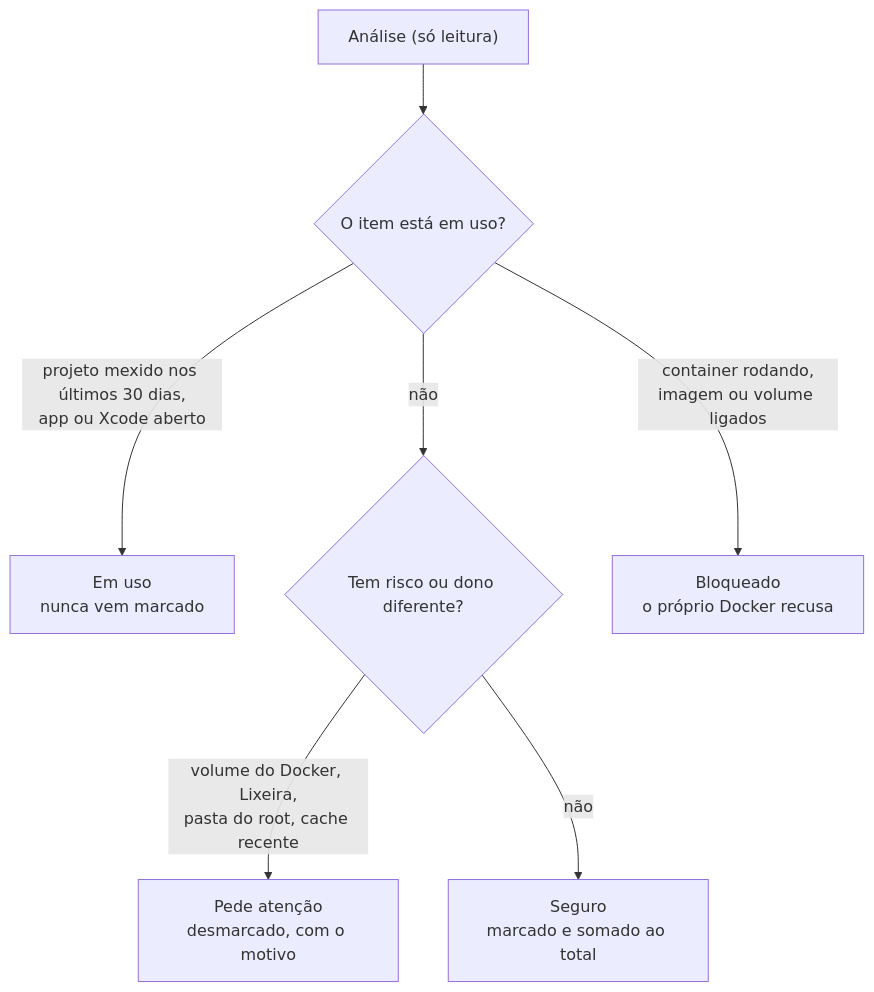
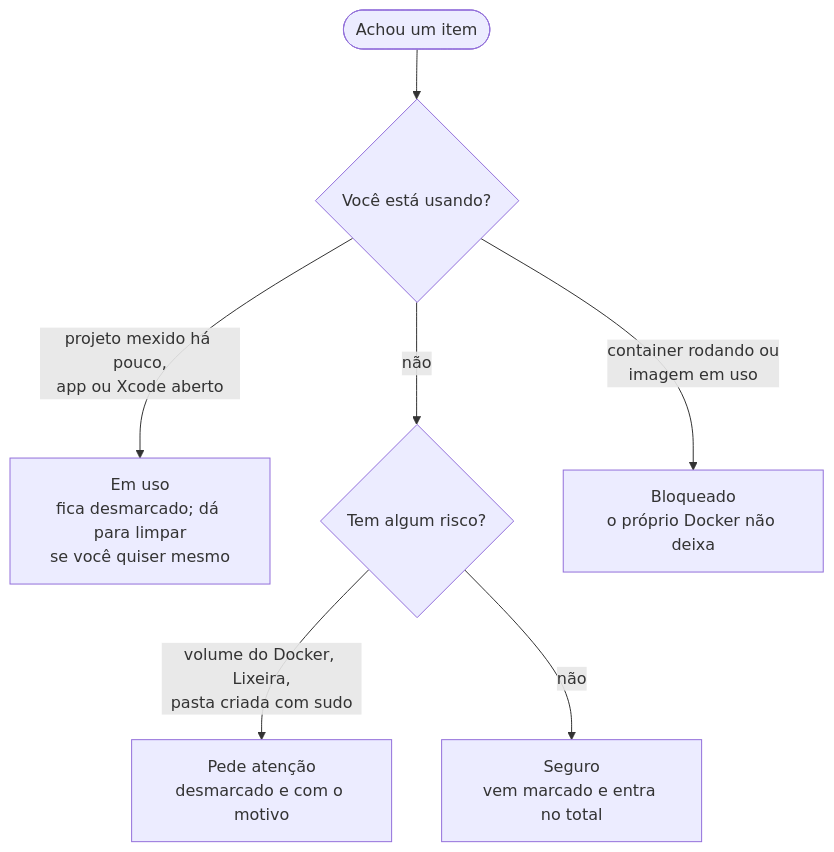
One commit to dzn7/respiro-app changed the diagram in README.md. Above: the diagram before and after it, drawn with Mermaid. The commit also changed other lines of this file and 1 other file, not shown here.

````diff
--- a/README.md
+++ b/README.md
@@ -94,9 +83,9 @@
 ```mermaid
 flowchart TD
-    A["Análise (só leitura)"] --> B{"O item está em uso?"}
-    B -- "projeto mexido nos últimos 30 dias,<br/>app ou Xcode aberto" --> U["Em uso<br/>nunca vem marcado"]
-    B -- "não" --> C{"Tem risco ou dono diferente?"}
-    C -- "volume do Docker, Lixeira,<br/>pasta do root, cache recente" --> T["Pede atenção<br/>desmarcado, com o motivo"]
-    C -- "não" --> S["Seguro<br/>marcado e somado ao total"]
-    B -- "container rodando,<br/>imagem ou volume ligados" --> L["Bloqueado<br/>o próprio Docker recusa"]
+    A(["Achou um item"]) --> B{"Você está usando?"}
+    B -- "projeto mexido há pouco,<br/>app ou Xcode aberto" --> U["Em uso<br/>fica desmarcado; dá para limpar<br/>se você quiser mesmo"]
+    B -- "não" --> C{"Tem algum risco?"}
+    C -- "volume do Docker, Lixeira,<br/>pasta criada com sudo" --> T["Pede atenção<br/>desmarcado e com o motivo"]
+    C -- "não" --> S["Seguro<br/>vem marcado e entra no total"]
+    B -- "container rodando ou<br/>imagem em uso" --> L["Bloqueado<br/>o próprio Docker não deixa"]
 ```
````
